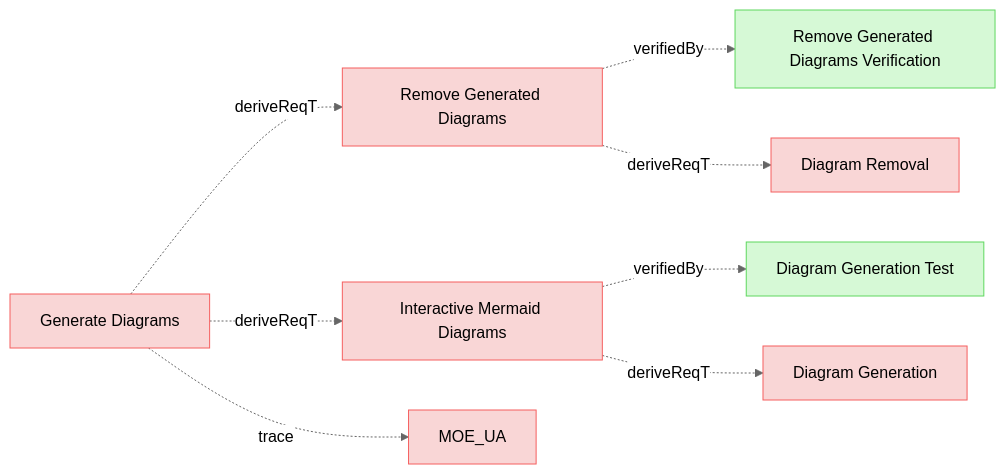
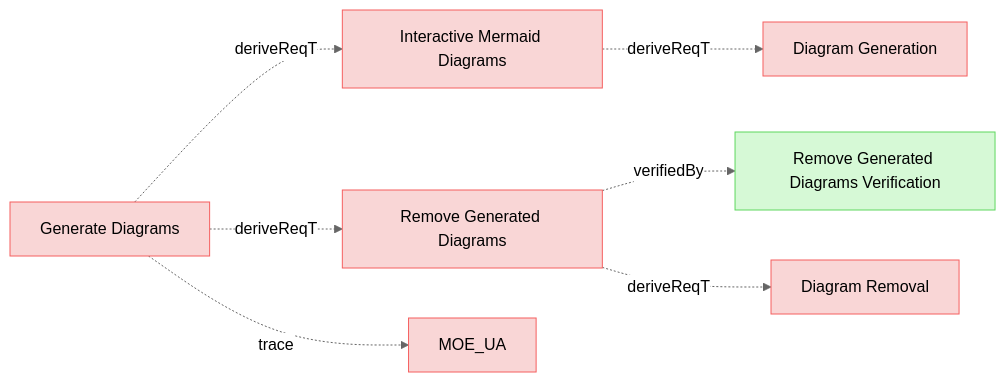
The first of 9 diagrams in specifications/UserRequirements.md (reqvire-org/reqvire), drawn with Mermaid (neutral theme) before and after one commit. The commit also changed other lines of this file and 23 other files, not shown here.

````diff
--- a/specifications/UserRequirements.md
+++ b/specifications/UserRequirements.md
@@ -4,41 +4,37 @@
 ```mermaid
 graph LR;
   %% REQVIRE-AUTOGENERATED-DIAGRAM
   %% Graph styling
   classDef requirement fill:#f9d6d6,stroke:#f55f5f,stroke-width:1px;
   classDef verification fill:#d6f9d6,stroke:#5fd75f,stroke-width:1px;
   classDef externalLink fill:#d0e0ff,stroke:#3080ff,stroke-width:1px;
   classDef default fill:#f5f5f5,stroke:#333333,stroke-width:1px;
 
+  eedf6d6d3d2354d9["Interactive Mermaid Diagrams"];
+  class eedf6d6d3d2354d9 requirement;
+  click eedf6d6d3d2354d9 "UserRequirements.md#interactive-mermaid-diagrams";
+  e9aee7d9477f4abe["Diagram Generation"];
+  class e9aee7d9477f4abe requirement;
+  click e9aee7d9477f4abe "SystemRequirements/Requirements.md#diagram-generation";
+  eedf6d6d3d2354d9 -.->|deriveReqT| e9aee7d9477f4abe;
   8b2dd3bb2c44db94["Remove Generated Diagrams"];
   class 8b2dd3bb2c44db94 requirement;
   click 8b2dd3bb2c44db94 "UserRequirements.md#remove-generated-diagrams";
   6a6973ecb2f20ee3["Remove Generated Diagrams Verification"];
   class 6a6973ecb2f20ee3 verification;
   click 6a6973ecb2f20ee3 "Verifications/DiagramsTests.md#remove-generated-diagrams-verification";
   8b2dd3bb2c44db94 -.->|verifiedBy| 6a6973ecb2f20ee3;
   4ec753faad5a75f7["Diagram Removal"];
   class 4ec753faad5a75f7 requirement;
   click 4ec753faad5a75f7 "SystemRequirements/Requirements.md#diagram-removal";
   8b2dd3bb2c44db94 -.->|deriveReqT| 4ec753faad5a75f7;
-  eedf6d6d3d2354d9["Interactive Mermaid Diagrams"];
-  class eedf6d6d3d2354d9 requirement;
-  click eedf6d6d3d2354d9 "UserRequirements.md#interactive-mermaid-diagrams";
-  2d2cf67bb8070da8["Diagram Generation Test"];
-  class 2d2cf67bb8070da8 verification;
-  click 2d2cf67bb8070da8 "Verifications/DiagramsTests.md#diagram-generation-test";
-  eedf6d6d3d2354d9 -.->|verifiedBy| 2d2cf67bb8070da8;
-  e9aee7d9477f4abe["Diagram Generation"];
-  class e9aee7d9477f4abe requirement;
-  click e9aee7d9477f4abe "SystemRequirements/Requirements.md#diagram-generation";
-  eedf6d6d3d2354d9 -.->|deriveReqT| e9aee7d9477f4abe;
   37a5b8e199a838f["Generate Diagrams"];
   class 37a5b8e199a838f requirement;
   click 37a5b8e199a838f "UserStories.md#generate-diagrams";
   2c5f30f14e792200["MOE_UA"];
   class 2c5f30f14e792200 requirement;
   click 2c5f30f14e792200 "MOEs.md#moe_ua";
   37a5b8e199a838f -.->|trace| 2c5f30f14e792200;
+  37a5b8e199a838f -.->|deriveReqT| eedf6d6d3d2354d9;
   37a5b8e199a838f -.->|deriveReqT| 8b2dd3bb2c44db94;
-  37a5b8e199a838f -.->|deriveReqT| eedf6d6d3d2354d9;
 ```
````
